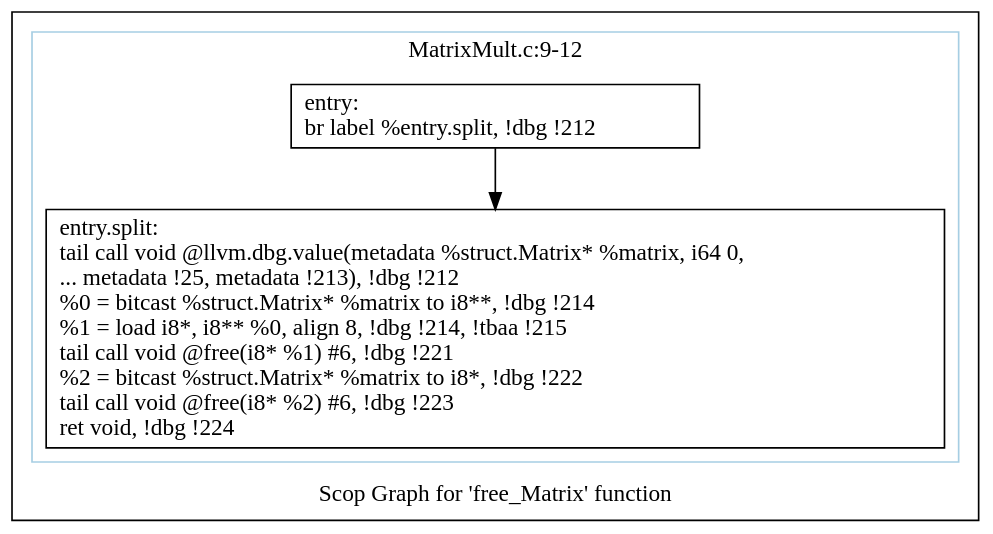
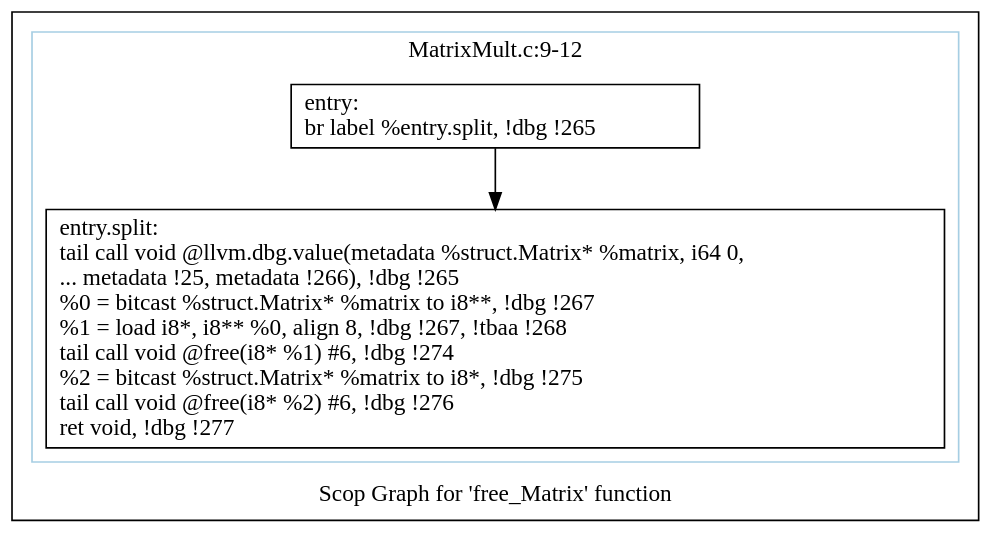
The diagram in polly/MatrixMult/impl/autogenerate/dot/scops.free_Matrix.dot (samminweng/WhileyOpenCL), drawn with Graphviz before and after one commit. The commit also changed 49 other files, not shown here.

```diff
--- a/polly/MatrixMult/impl/autogenerate/dot/scops.free_Matrix.dot
+++ b/polly/MatrixMult/impl/autogenerate/dot/scops.free_Matrix.dot
@@ -1,16 +1,16 @@
 digraph "Scop Graph for 'free_Matrix' function" {
 	label="Scop Graph for 'free_Matrix' function";
 
-	Node0xa70f9e0 [shape=record,label="{entry:\l  br label %entry.split, !dbg !212\l}"];
-	Node0xa70f9e0 -> Node0xa712100;
-	Node0xa712100 [shape=record,label="{entry.split:                                      \l  tail call void @llvm.dbg.value(metadata %struct.Matrix* %matrix, i64 0,\l... metadata !25, metadata !213), !dbg !212\l  %0 = bitcast %struct.Matrix* %matrix to i8**, !dbg !214\l  %1 = load i8*, i8** %0, align 8, !dbg !214, !tbaa !215\l  tail call void @free(i8* %1) #6, !dbg !221\l  %2 = bitcast %struct.Matrix* %matrix to i8*, !dbg !222\l  tail call void @free(i8* %2) #6, !dbg !223\l  ret void, !dbg !224\l}"];
+	Node0x96569f0 [shape=record,label="{entry:\l  br label %entry.split, !dbg !265\l}"];
+	Node0x96569f0 -> Node0x96896a0;
+	Node0x96896a0 [shape=record,label="{entry.split:                                      \l  tail call void @llvm.dbg.value(metadata %struct.Matrix* %matrix, i64 0,\l... metadata !25, metadata !266), !dbg !265\l  %0 = bitcast %struct.Matrix* %matrix to i8**, !dbg !267\l  %1 = load i8*, i8** %0, align 8, !dbg !267, !tbaa !268\l  tail call void @free(i8* %1) #6, !dbg !274\l  %2 = bitcast %struct.Matrix* %matrix to i8*, !dbg !275\l  tail call void @free(i8* %2) #6, !dbg !276\l  ret void, !dbg !277\l}"];
 	colorscheme = "paired12"
-        subgraph cluster_0xa6e3750 {
+        subgraph cluster_0x96f3400 {
           label = "MatrixMult.c:9-12
 ";
           style = solid;
           color = 1
-          Node0xa70f9e0;
-          Node0xa712100;
+          Node0x96569f0;
+          Node0x96896a0;
         }
 }
```
